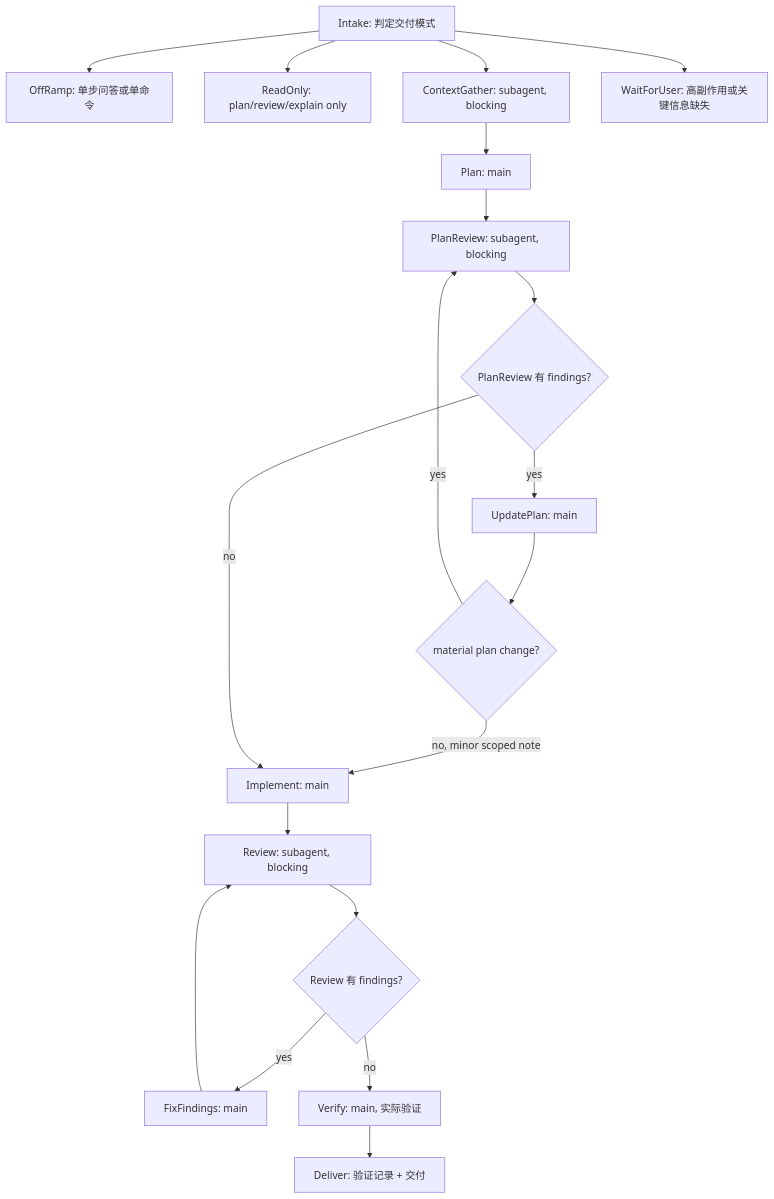
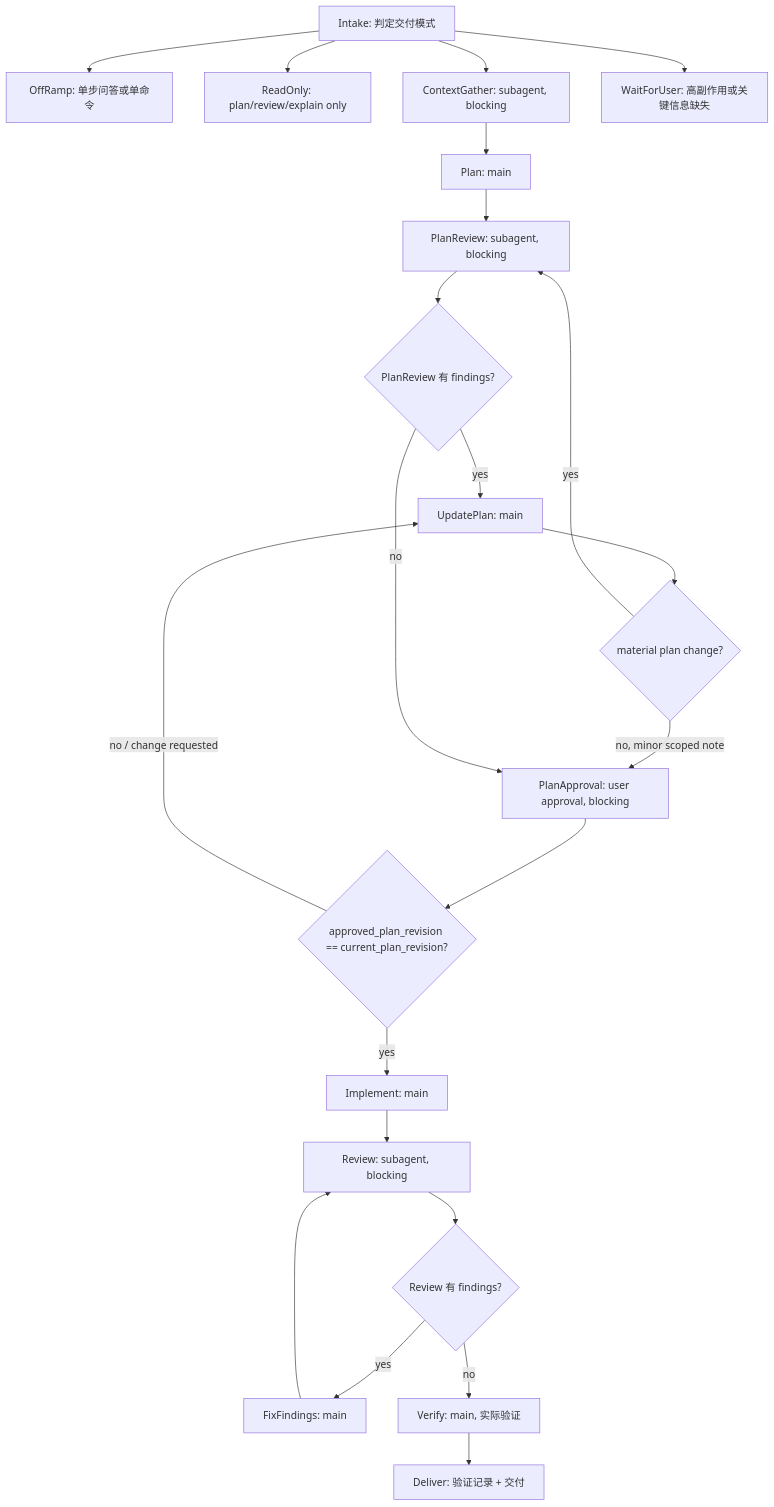
The diagram in dev-pipeline/README.md (hanjeahwan/skills), drawn with Mermaid before and after one commit. The commit also changed other lines of this file and 8 other files, not shown here.

Commit message:
docs(development-workflow): add plan approval gate and task directory records

````diff
--- a/dev-pipeline/README.md
+++ b/dev-pipeline/README.md
@@ -22,40 +22,45 @@
 ```mermaid
 flowchart TD
   Intake["Intake: 判定交付模式"]
   OffRamp["OffRamp: 单步问答或单命令"]
   ReadOnly["ReadOnly: plan/review/explain only"]
   ContextGather["ContextGather: subagent, blocking"]
   Plan["Plan: main"]
   PlanReview["PlanReview: subagent, blocking"]
   PlanFindings{"PlanReview 有 findings?"}
   UpdatePlan["UpdatePlan: main"]
   PlanChange{"material plan change?"}
+  PlanApproval["PlanApproval: user approval, blocking"]
+  PlanApproved{"approved_plan_revision == current_plan_revision?"}
   Implement["Implement: main"]
   Review["Review: subagent, blocking"]
   ReviewFindings{"Review 有 findings?"}
   FixFindings["FixFindings: main"]
   Verify["Verify: main, 实际验证"]
   Deliver["Deliver: 验证记录 + 交付"]
   WaitForUser["WaitForUser: 高副作用或关键信息缺失"]
 
   Intake --> OffRamp
   Intake --> ReadOnly
   Intake --> ContextGather
   Intake --> WaitForUser
 
   ContextGather --> Plan
   Plan --> PlanReview
   PlanReview --> PlanFindings
   PlanFindings -- "yes" --> UpdatePlan
   UpdatePlan --> PlanChange
   PlanChange -- "yes" --> PlanReview
-  PlanChange -- "no, minor scoped note" --> Implement
-  PlanFindings -- "no" --> Implement
+  PlanChange -- "no, minor scoped note" --> PlanApproval
+  PlanFindings -- "no" --> PlanApproval
+  PlanApproval --> PlanApproved
+  PlanApproved -- "yes" --> Implement
+  PlanApproved -- "no / change requested" --> UpdatePlan
 
   Implement --> Review
   Review --> ReviewFindings
   ReviewFindings -- "yes" --> FixFindings
   FixFindings --> Review
   ReviewFindings -- "no" --> Verify
   Verify --> Deliver
 ```
````
